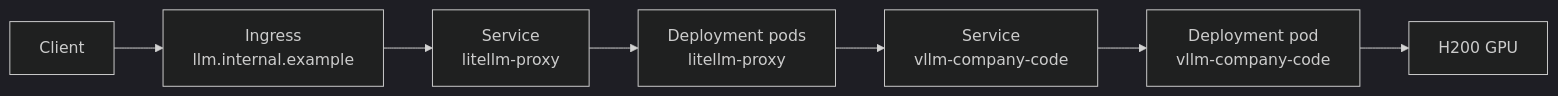
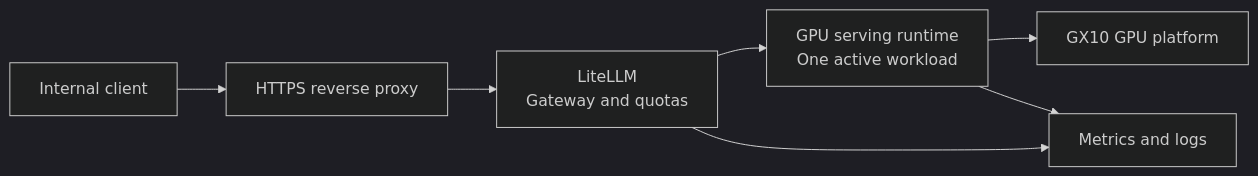
Before and after one commit to CopyPasteFail/llm-on-prem: the diagram in docs/kubernetes.md, drawn with Mermaid (dark theme). The commit also changed other lines of this file, not shown here.

Commit message:
Replace Kubernetes deployment notes with GX10 host layout

````diff
--- a/docs/kubernetes.md
+++ b/docs/kubernetes.md
@@ -111,9 +13,9 @@
 ```mermaid
 flowchart LR
-    client["Client"] --> ingress["Ingress\nllm.internal.example"]
-    ingress --> svc_litellm["Service\nlitellm-proxy"]
-    svc_litellm --> pod_litellm["Deployment pods\nlitellm-proxy"]
-    pod_litellm --> svc_vllm["Service\nvllm-company-code"]
-    svc_vllm --> pod_vllm["Deployment pod\nvllm-company-code"]
-    pod_vllm --> gpu["H200 GPU"]
+    client["Internal client"] --> proxy["HTTPS reverse proxy"]
+    proxy --> litellm["LiteLLM\nGateway and quotas"]
+    litellm --> runtime["GPU serving runtime\nOne active workload"]
+    runtime --> gx10["GX10 GPU platform"]
+    litellm --> telemetry["Metrics and logs"]
+    runtime --> telemetry
 ```
````
